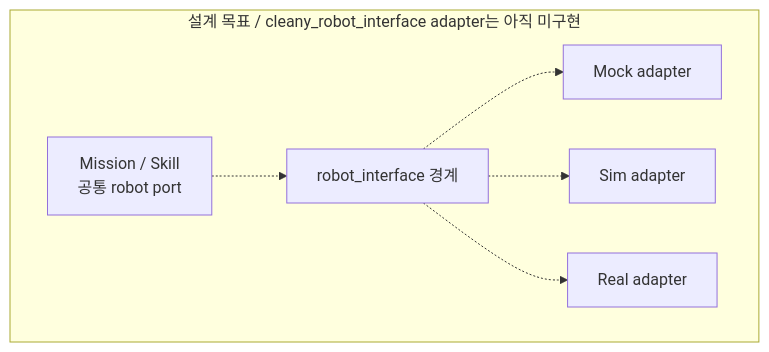
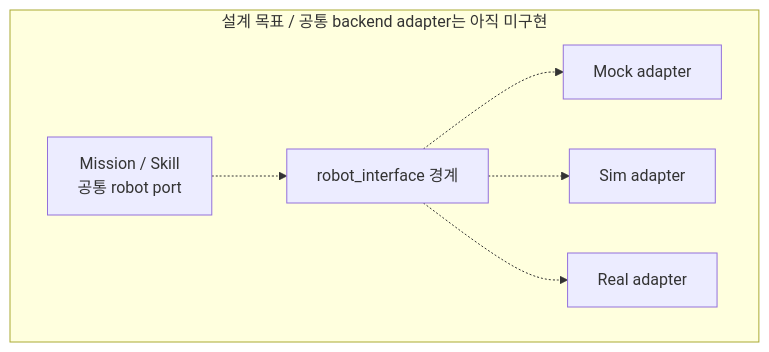
One commit to asm17-moving-agent/cleany changed the second of 2 diagrams in docs/INTEGRATION.md. Above: the diagram before and after it, drawn with Mermaid. The commit also changed other lines of this file and 568 other files, not shown here.

````diff
--- a/docs/INTEGRATION.md
+++ b/docs/INTEGRATION.md
@@ -38,14 +38,14 @@
 ```mermaid
 flowchart TB
-    subgraph Goal["설계 목표 / cleany_robot_interface adapter는 아직 미구현"]
+    subgraph Goal["설계 목표 / 공통 backend adapter는 아직 미구현"]
         Consumer["Mission / Skill<br/>공통 robot port"]
         Interface["robot_interface 경계"]
         Mock["Mock adapter"]
         Sim["Sim adapter"]
         Real["Real adapter"]
         Consumer -.-> Interface
         Interface -.-> Mock
         Interface -.-> Sim
         Interface -.-> Real
     end
 ```
````
